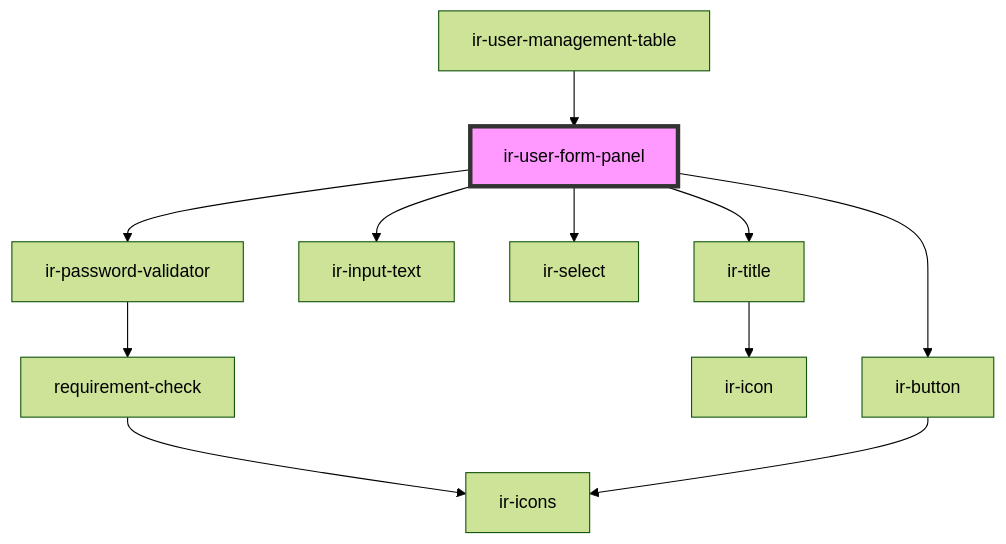
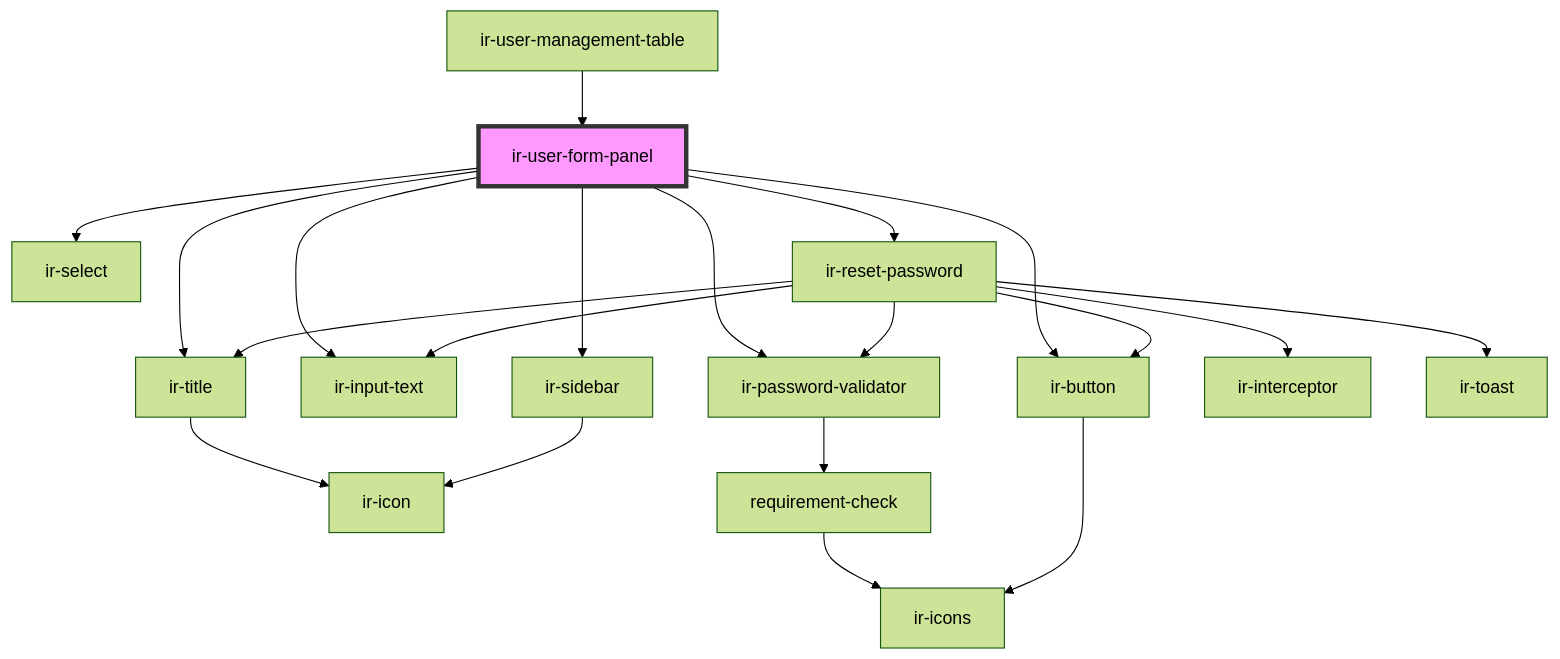
One commit to David1Chowaifaty/modified-ir-webcmp changed the diagram in src/components/ir-user-management/ir-user-form-panel/readme.md. Above: the diagram before and after it, drawn with Mermaid (forest theme). The commit also changed other lines of this file and 26 other files, not shown here.

````diff
--- a/src/components/ir-user-management/ir-user-form-panel/readme.md
+++ b/src/components/ir-user-management/ir-user-form-panel/readme.md
@@ -42,14 +45,23 @@
 ```mermaid
 graph TD;
   ir-user-form-panel --> ir-title
   ir-user-form-panel --> ir-input-text
   ir-user-form-panel --> ir-select
   ir-user-form-panel --> ir-password-validator
   ir-user-form-panel --> ir-button
+  ir-user-form-panel --> ir-sidebar
+  ir-user-form-panel --> ir-reset-password
   ir-title --> ir-icon
   ir-password-validator --> requirement-check
   requirement-check --> ir-icons
   ir-button --> ir-icons
+  ir-sidebar --> ir-icon
+  ir-reset-password --> ir-interceptor
+  ir-reset-password --> ir-toast
+  ir-reset-password --> ir-title
+  ir-reset-password --> ir-input-text
+  ir-reset-password --> ir-password-validator
+  ir-reset-password --> ir-button
   ir-user-management-table --> ir-user-form-panel
   style ir-user-form-panel fill:#f9f,stroke:#333,stroke-width:4px
 ```
````
